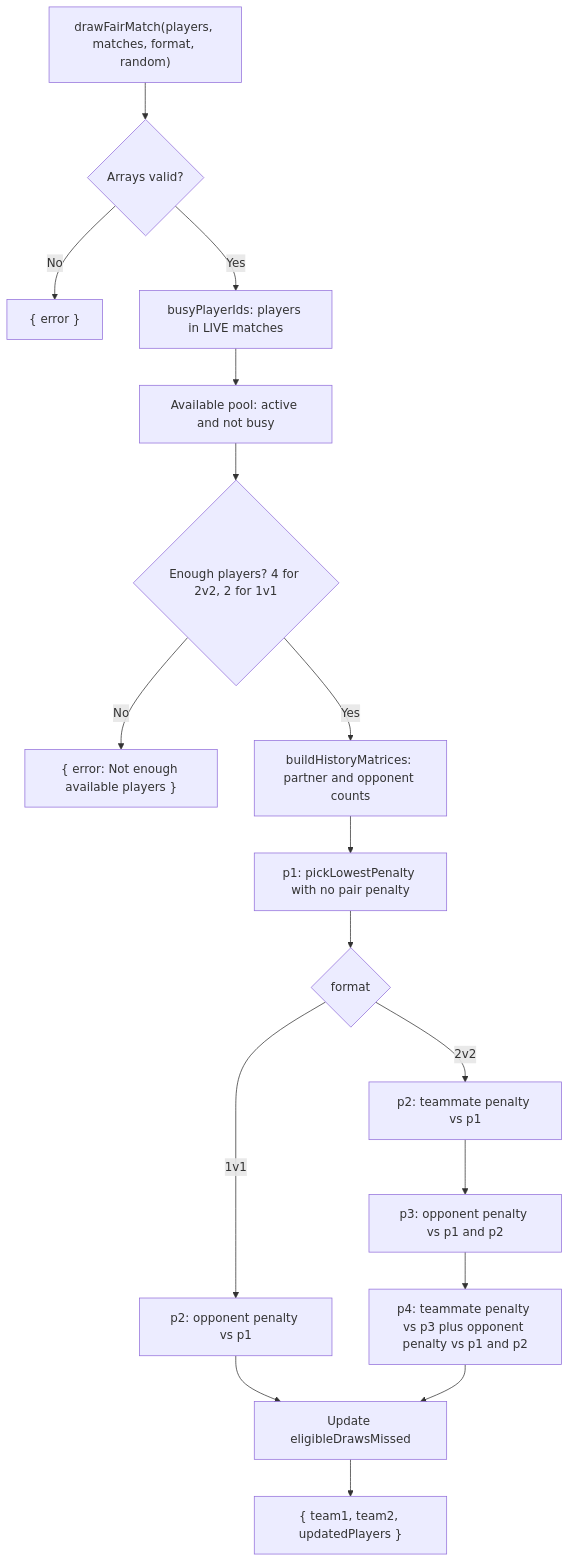
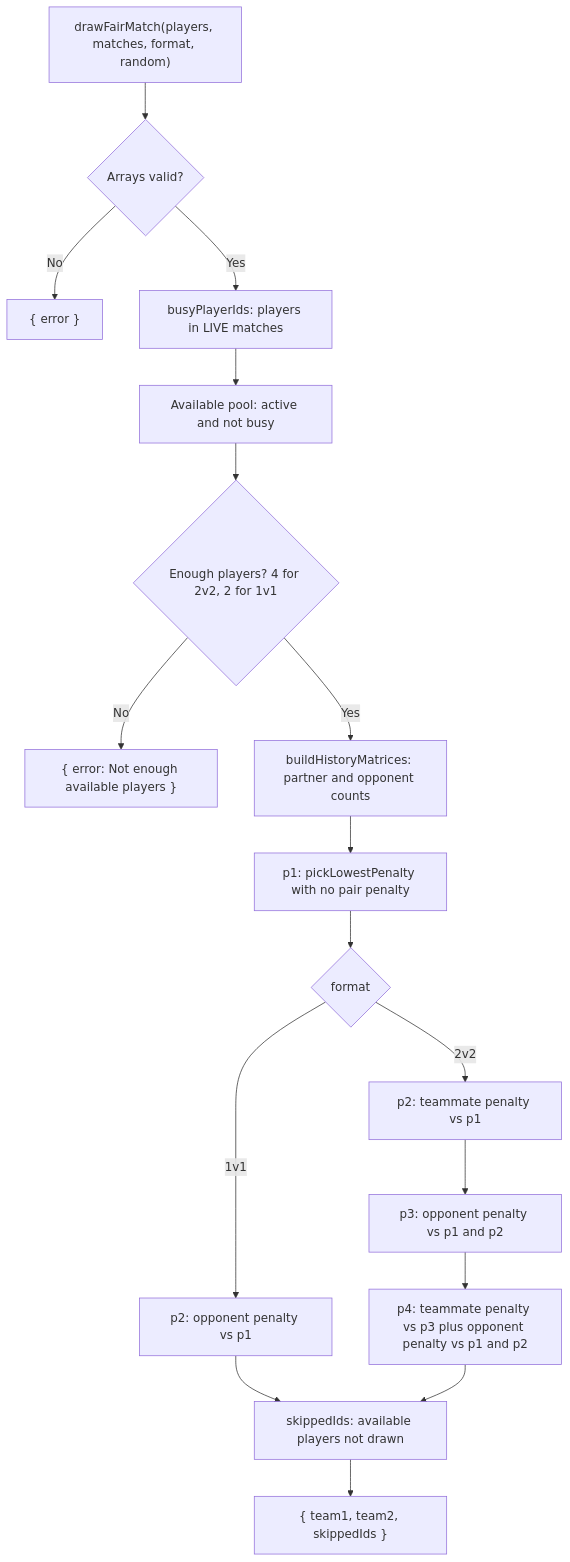
Before and after one commit to DT209/foos-tourney: the fifth of 12 diagrams in .claude/Flow.md, drawn with Mermaid. The commit also changed other lines of this file and 8 other files, not shown here.

````diff
--- a/.claude/Flow.md
+++ b/.claude/Flow.md
@@ -117,19 +119,19 @@
 ```mermaid
 flowchart TD
     S["drawFairMatch(players, matches, format, random)"] --> V{"Arrays valid?"}
     V -- No --> E1["{ error }"]
     V -- Yes --> BZ["busyPlayerIds: players in LIVE matches"]
     BZ --> AV["Available pool: active and not busy"]
     AV --> N{"Enough players? 4 for 2v2, 2 for 1v1"}
     N -- No --> E2["{ error: Not enough available players }"]
     N -- Yes --> HM["buildHistoryMatrices: partner and opponent counts"]
     HM --> P1["p1: pickLowestPenalty with no pair penalty"]
     P1 --> FM{"format"}
     FM -- "1v1" --> Q1["p2: opponent penalty vs p1"]
     FM -- "2v2" --> Q2["p2: teammate penalty vs p1"]
     Q2 --> Q3["p3: opponent penalty vs p1 and p2"]
     Q3 --> Q4["p4: teammate penalty vs p3 plus opponent penalty vs p1 and p2"]
-    Q1 --> UP["Update eligibleDrawsMissed"]
+    Q1 --> UP["skippedIds: available players not drawn"]
     Q4 --> UP
-    UP --> OUT["{ team1, team2, updatedPlayers }"]
+    UP --> OUT["{ team1, team2, skippedIds }"]
 ```
````
